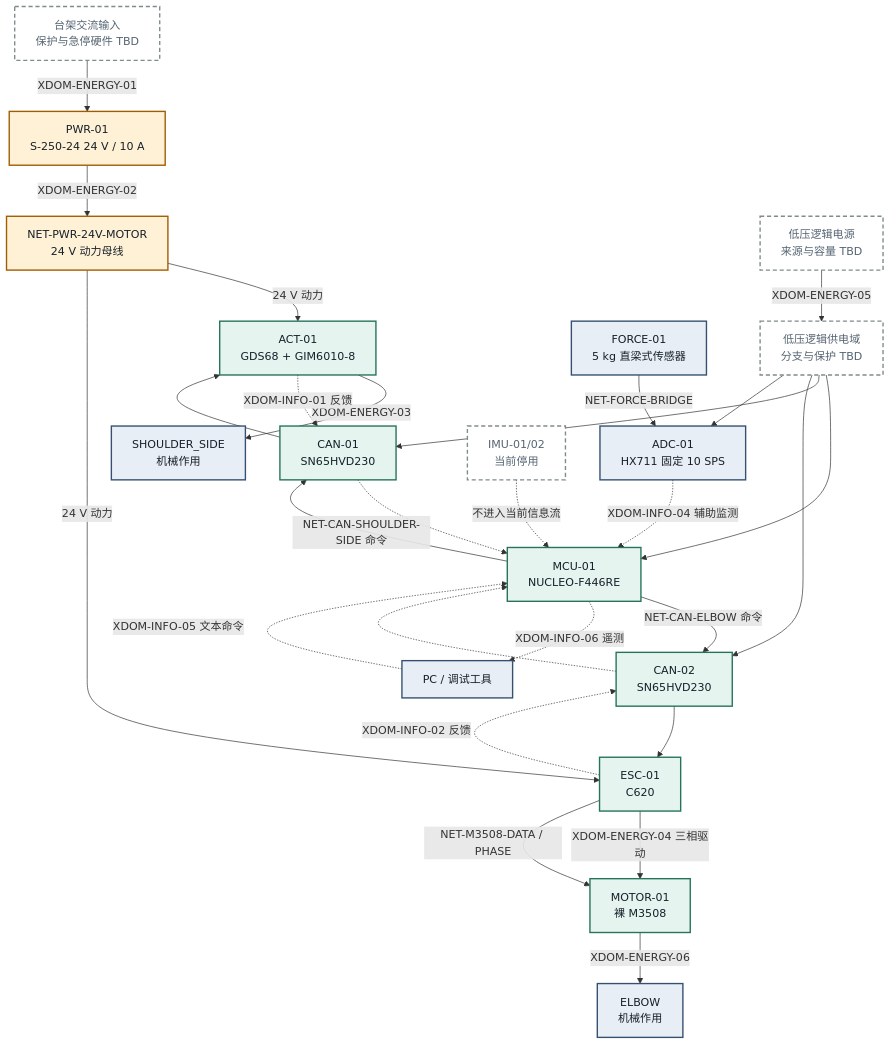
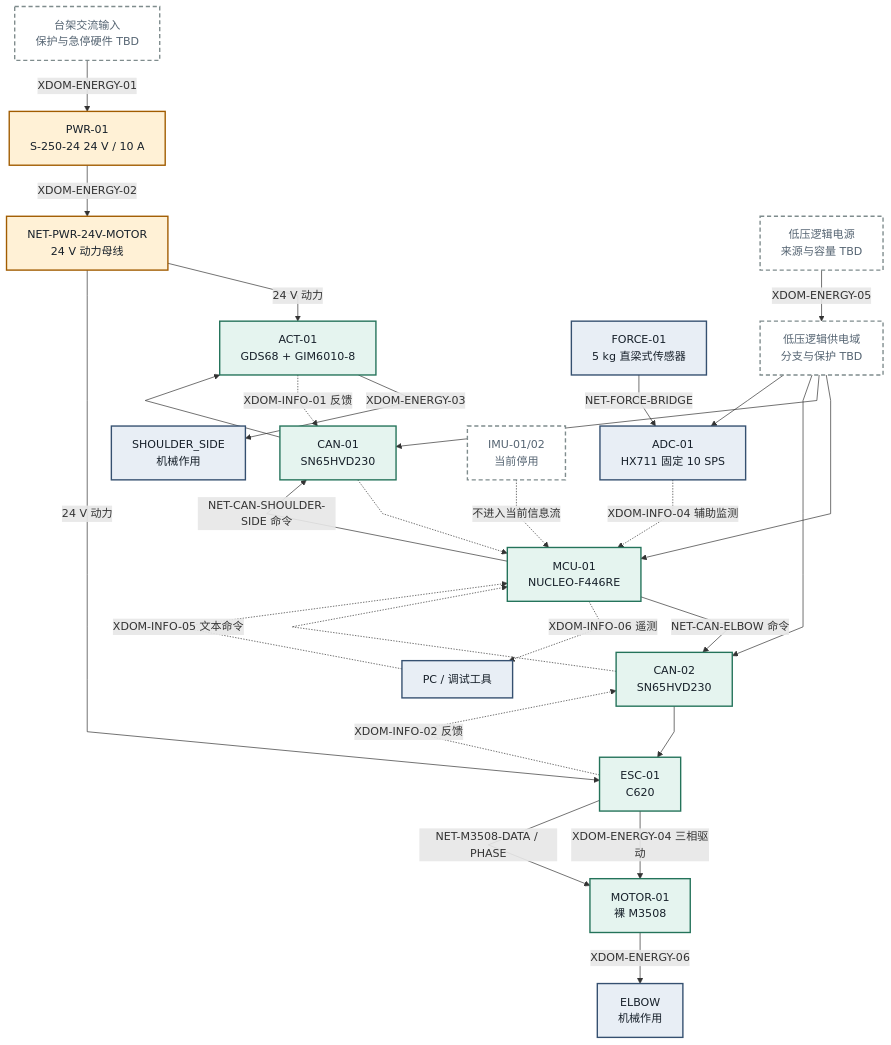
One commit to 46564645/Surgery_exoskeleton changed the third of 5 diagrams in Main_ project/docs/system_architecture_blueprint.md. Above: the diagram before and after it, drawn with Mermaid. The commit also changed other lines of this file and 403 other files, not shown here.

````diff
--- a/Main_ project/docs/system_architecture_blueprint.md
+++ b/Main_ project/docs/system_architecture_blueprint.md
@@ -142,59 +144,60 @@
 ```mermaid
+%%{init: {"flowchart": {"curve": "linear"}}}%%
 flowchart TB
     AC["台架交流输入<br/>保护与急停硬件 TBD"]
     PWR["PWR-01<br/>S-250-24 24 V / 10 A"]
     MOTORBUS["NET-PWR-24V-MOTOR<br/>24 V 动力母线"]
     LV["低压逻辑电源<br/>来源与容量 TBD"]
     LOGICBUS["低压逻辑供电域<br/>分支与保护 TBD"]
     MCU["MCU-01<br/>NUCLEO-F446RE"]
     CAN1["CAN-01<br/>SN65HVD230"]
     GDS["ACT-01<br/>GDS68 + GIM6010-8"]
     SHOULDER["SHOULDER_SIDE<br/>机械作用"]
     CAN2["CAN-02<br/>SN65HVD230"]
     C620["ESC-01<br/>C620"]
     M3508["MOTOR-01<br/>裸 M3508"]
     ELBOW["ELBOW<br/>机械作用"]
     FORCE["FORCE-01<br/>5 kg 直梁式传感器"]
     HX["ADC-01<br/>HX711 固定 10 SPS"]
     PC["PC / 调试工具"]
     IMU["IMU-01/02<br/>当前停用"]
 
     AC -->|"XDOM-ENERGY-01"| PWR
     PWR -->|"XDOM-ENERGY-02"| MOTORBUS
     MOTORBUS -->|"24 V 动力"| GDS
     MOTORBUS -->|"24 V 动力"| C620
     LV -->|"XDOM-ENERGY-05"| LOGICBUS
     LOGICBUS --> MCU
     LOGICBUS --> CAN1
     LOGICBUS --> CAN2
     LOGICBUS --> HX
     GDS -->|"XDOM-ENERGY-03"| SHOULDER
     C620 -->|"XDOM-ENERGY-04 三相驱动"| M3508
     M3508 -->|"XDOM-ENERGY-06"| ELBOW
 
     MCU -->|"NET-CAN-SHOULDER-SIDE 命令"| CAN1
     CAN1 --> GDS
     GDS -.->|"XDOM-INFO-01 反馈"| CAN1
     CAN1 -.-> MCU
     MCU -->|"NET-CAN-ELBOW 命令"| CAN2
     CAN2 --> C620
     C620 -.->|"XDOM-INFO-02 反馈"| CAN2
     CAN2 -.-> MCU
     C620 -->|"NET-M3508-DATA / PHASE"| M3508
 
     FORCE -->|"NET-FORCE-BRIDGE"| HX
     HX -.->|"XDOM-INFO-04 辅助监测"| MCU
     PC -.->|"XDOM-INFO-05 文本命令"| MCU
     MCU -.->|"XDOM-INFO-06 遥测"| PC
     IMU -.->|"不进入当前信息流"| MCU
 
     classDef power fill:#fff1d6,stroke:#a15c00,stroke-width:2px,color:#17202a;
     classDef device fill:#e5f4ef,stroke:#24735a,stroke-width:2px,color:#17202a;
     classDef monitor fill:#e8eef5,stroke:#355070,stroke-width:2px,color:#17202a;
     classDef tbd fill:#ffffff,stroke:#7f8c8d,stroke-width:2px,stroke-dasharray:6 4,color:#566573;
     class AC,LV,LOGICBUS tbd;
     class PWR,MOTORBUS power;
     class MCU,CAN1,CAN2,GDS,C620,M3508 device;
     class FORCE,HX,PC,SHOULDER,ELBOW monitor;
     class IMU tbd;
 ```
````
